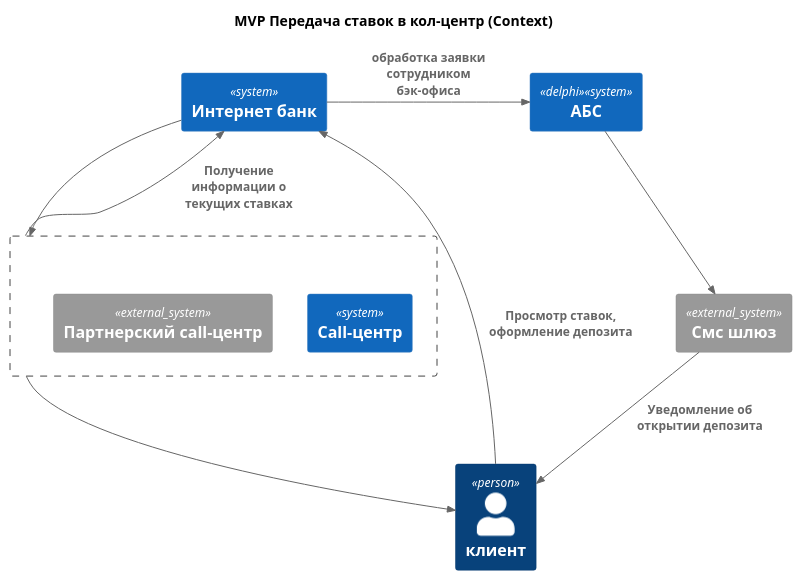
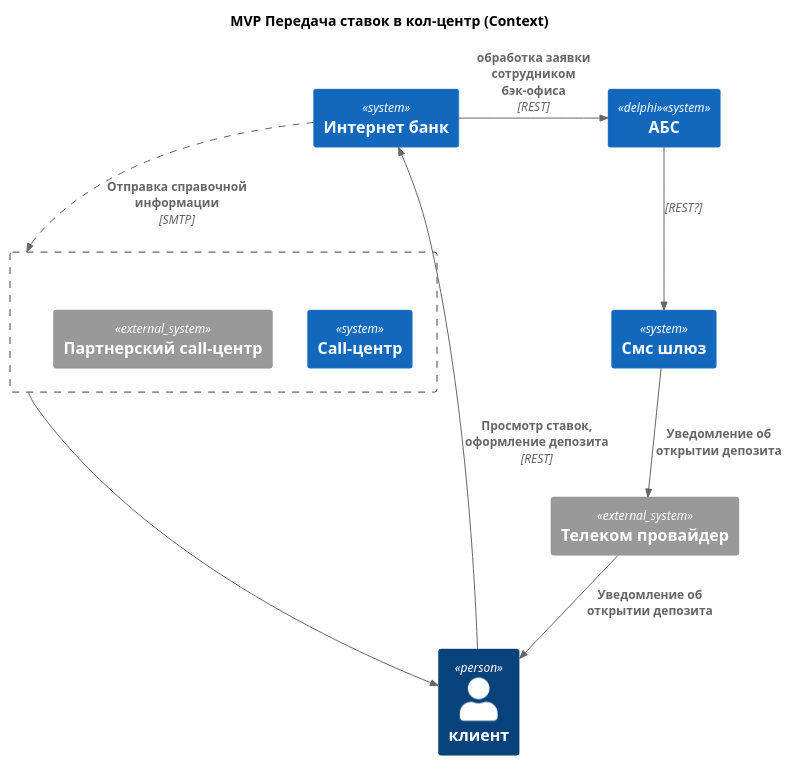
One commit to bugurshik/architecture-pro-standart changed the diagram in Task4/context.puml. Above: the diagram before and after it, drawn with PlantUML. The commit also changed 14 other files, not shown here.

```diff
--- a/Task4/context.puml
+++ b/Task4/context.puml
@@ -1,29 +1,32 @@
 @startuml Открытие депозита - Context Diagram
 !include https://raw.githubusercontent.com/plantuml-stdlib/C4-PlantUML/master/C4_Context.puml
 
 title MVP Передача ставок в кол-центр (Context)
+AddRelTag("asyncLine", $lineStyle=DashedLine())
+
 Person(customer, "клиент", "")
 
 Boundary(b, "", ""){
     System(call_office, "Сall-центр")
     System_Ext(ext_call_office, "Партнерский call-центр")
 }
 
 System(abc, "АБС", "", "", "delphi")
-
 System(internet_bank, "Интернет банк", "", "", "")
 
-System_Ext(sms_gateway, "Смс шлюз")
+System_Ext(sms_provider, "Телеком провайдер")
+System(sms_gateway, "Смс шлюз")
 
-Rel(customer, internet_bank, "Просмотр ставок, оформление депозита")
-Rel(abc, sms_gateway, "")
-Rel(sms_gateway, customer, "Уведомление об открытии депозита")
+Rel(customer, internet_bank, "Просмотр ставок, оформление депозита", "REST")
+' В задании смс-шлюз и телеком-провайдер уже существуют, но там не указаны технические подробности 
+Rel(abc, sms_gateway, "","REST?")
+Rel(sms_gateway, sms_provider, "Уведомление об открытии депозита", )
+Rel(sms_provider, customer, "Уведомление об открытии депозита")
 
 Rel(b, customer, "")
 
-Rel(internet_bank, b, "")
-Rel(b, internet_bank, "Получение информации о текущих ставках")
+Rel(internet_bank, b, "Отправка справочной информации", "SMTP", $tags="asyncLine")
 
-Rel_R(internet_bank, abc, "обработка заявки сотрудником бэк-офиса")
+Rel_R(internet_bank, abc, "обработка заявки сотрудником бэк-офиса", "REST")
 
 @enduml
```
